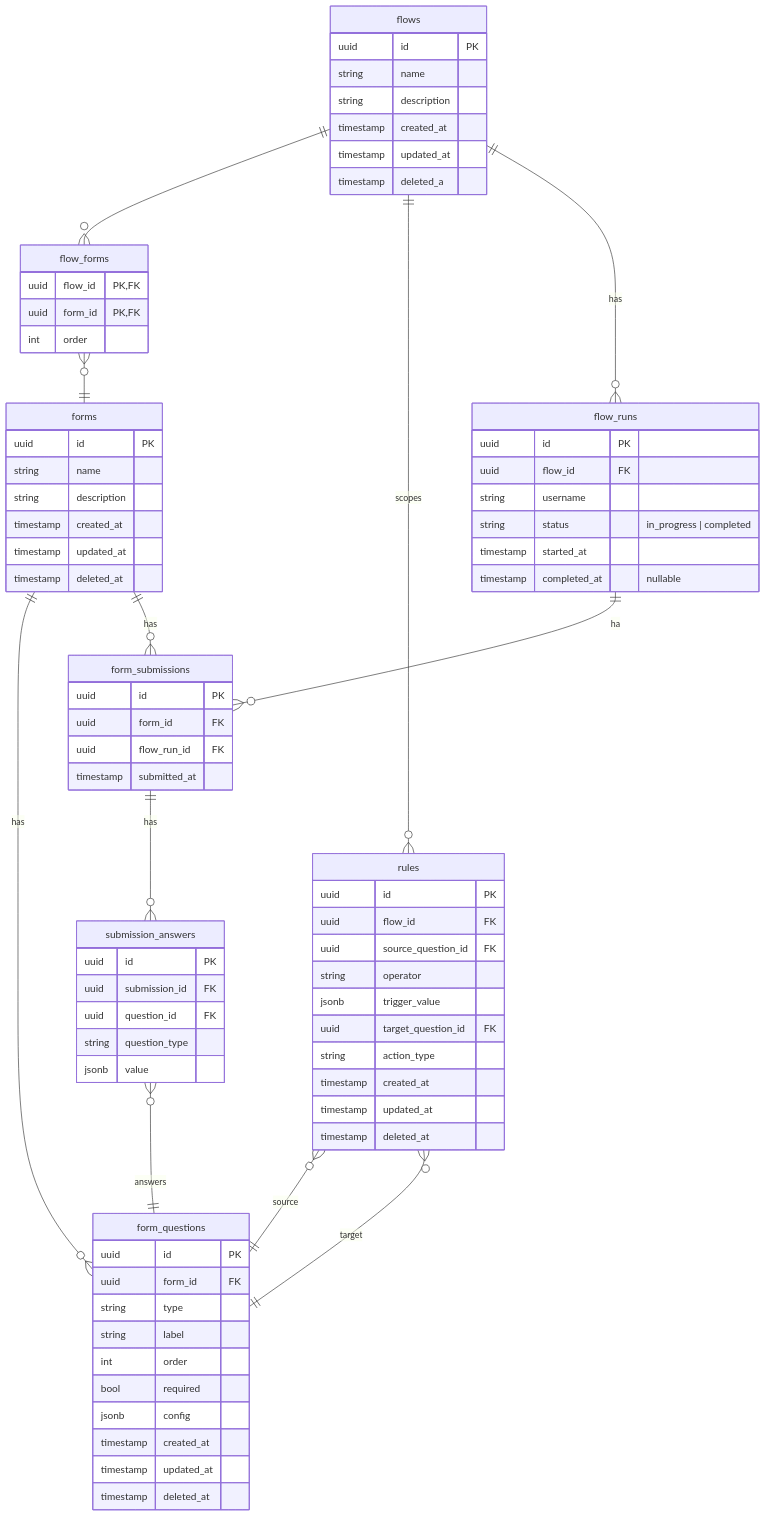
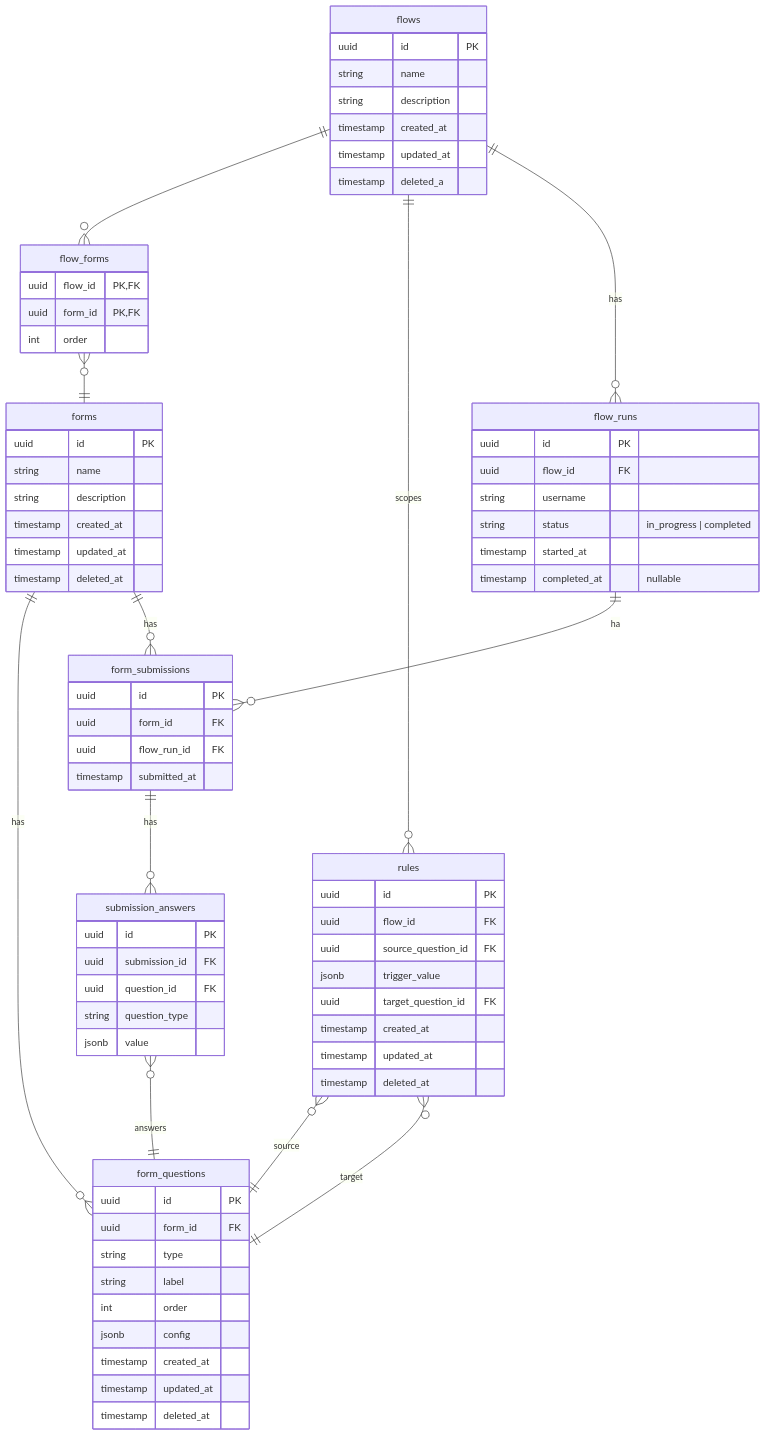
Before and after one commit to dsvetoslavov/dynamic-forms: the diagram in docs/data-model.mmd, drawn with Mermaid. The commit also changed 30 other files, not shown here.

Commit message:
Remove action type and operator

```diff
--- a/docs/data-model.mmd
+++ b/docs/data-model.mmd
@@ -1,96 +1,93 @@
 erDiagram
     flows ||--o{ flow_forms : ""
     flows ||--o{ rules : "scopes"
     flows ||--o{ flow_runs : "has"
 
     flow_forms }o--|| forms: ""
 
     forms ||--o{ form_questions : "has"
 
     rules }o--|| form_questions : "source"
     rules }o--|| form_questions : "target"
 
     flow_runs ||--o{ form_submissions : "ha"
 
     forms ||--o{ form_submissions : "has"
 
     form_submissions ||--o{ submission_answers : "has"
 
     submission_answers }o--|| form_questions: "answers"
     
     
     forms {
         uuid id PK
         string name
         string description
         timestamp created_at
         timestamp updated_at
         timestamp deleted_at
     }
 
     form_questions {
         uuid id PK
         uuid form_id FK
         string type
         string label
         int order
-        bool required
         jsonb config
         timestamp created_at
         timestamp updated_at
         timestamp deleted_at
     }
 
     rules {
         uuid id PK
         uuid flow_id FK
         uuid source_question_id FK
-        string operator
         jsonb trigger_value
         uuid target_question_id FK
-        string action_type
         timestamp created_at
         timestamp updated_at
         timestamp deleted_at
     }
 
     flow_runs {
         uuid id PK
         uuid flow_id FK
         string username
         string status "in_progress | completed"
         timestamp started_at
         timestamp completed_at "nullable"
     }
 
     form_submissions {
         uuid id PK
         uuid form_id FK
         uuid flow_run_id FK
         timestamp submitted_at
     }
 
     submission_answers {
         uuid id PK
         uuid submission_id FK
         uuid question_id FK
         string question_type
         jsonb value
     }
 
 
     flow_forms {
         uuid flow_id PK, FK
         uuid form_id PK, FK
         int order
     }
 
 
     flows {
         uuid id PK
         string name
         string description
         timestamp created_at
         timestamp updated_at
         timestamp deleted_a
     }
```
